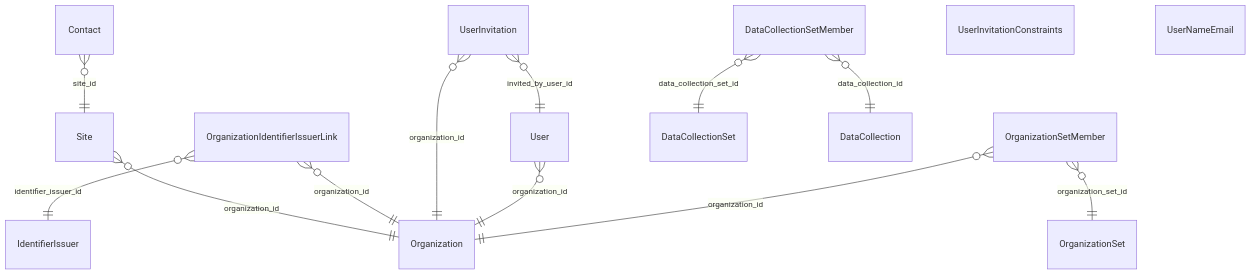
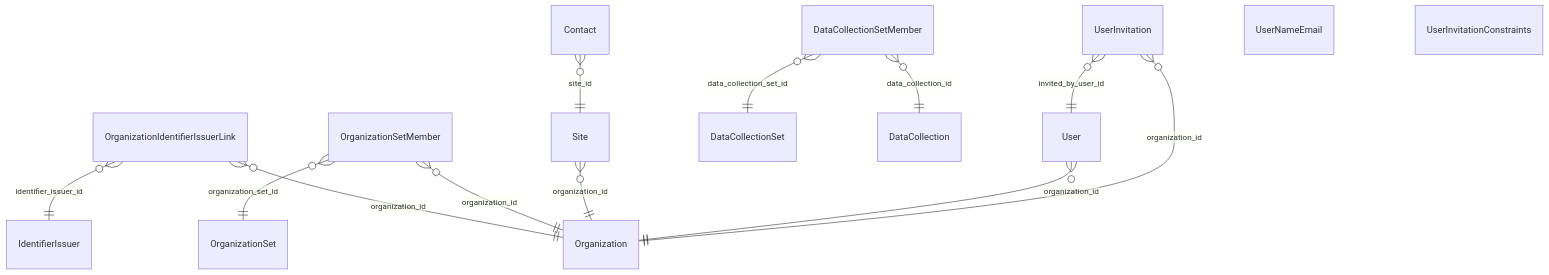
One commit to RIVM-bioinformatics/gen-epix-api changed the diagram in docs/erm/commondb.organization.md. Above: the diagram before and after it, drawn with Mermaid. The commit also changed other lines of this file and 47 other files, not shown here.

````diff
--- a/docs/erm/commondb.organization.md
+++ b/docs/erm/commondb.organization.md
@@ -5,24 +5,24 @@
 ```mermaid
 erDiagram
     %% commondb / ORGANIZATION (simplified)
 
     %% Relationships
-    Site }o--|| Organization : "organization_id"
-    Contact }o--|| Site : "site_id"
     OrganizationIdentifierIssuerLink }o--|| Organization : "organization_id"
     OrganizationIdentifierIssuerLink }o--|| IdentifierIssuer : "identifier_issuer_id"
+    OrganizationSetMember }o--|| OrganizationSet : "organization_set_id"
+    OrganizationSetMember }o--|| Organization : "organization_id"
+    Contact }o--|| Site : "site_id"
+    Site }o--|| Organization : "organization_id"
+    DataCollectionSetMember }o--|| DataCollectionSet : "data_collection_set_id"
+    DataCollectionSetMember }o--|| DataCollection : "data_collection_id"
+    User }o--|| Organization : "organization_id"
     UserInvitation }o--|| Organization : "organization_id"
     UserInvitation }o--|| User : "invited_by_user_id"
-    User }o--|| Organization : "organization_id"
-    OrganizationSetMember }o--|| OrganizationSet : "organization_set_id"
-    OrganizationSetMember }o--|| Organization : "organization_id"
-    DataCollectionSetMember }o--|| DataCollectionSet : "data_collection_set_id"
-    DataCollectionSetMember }o--|| DataCollection : "data_collection_id"
+
+    UserNameEmail {
+    }
 
     UserInvitationConstraints {
     }
 
-    UserNameEmail {
-    }
-
 ```
````
